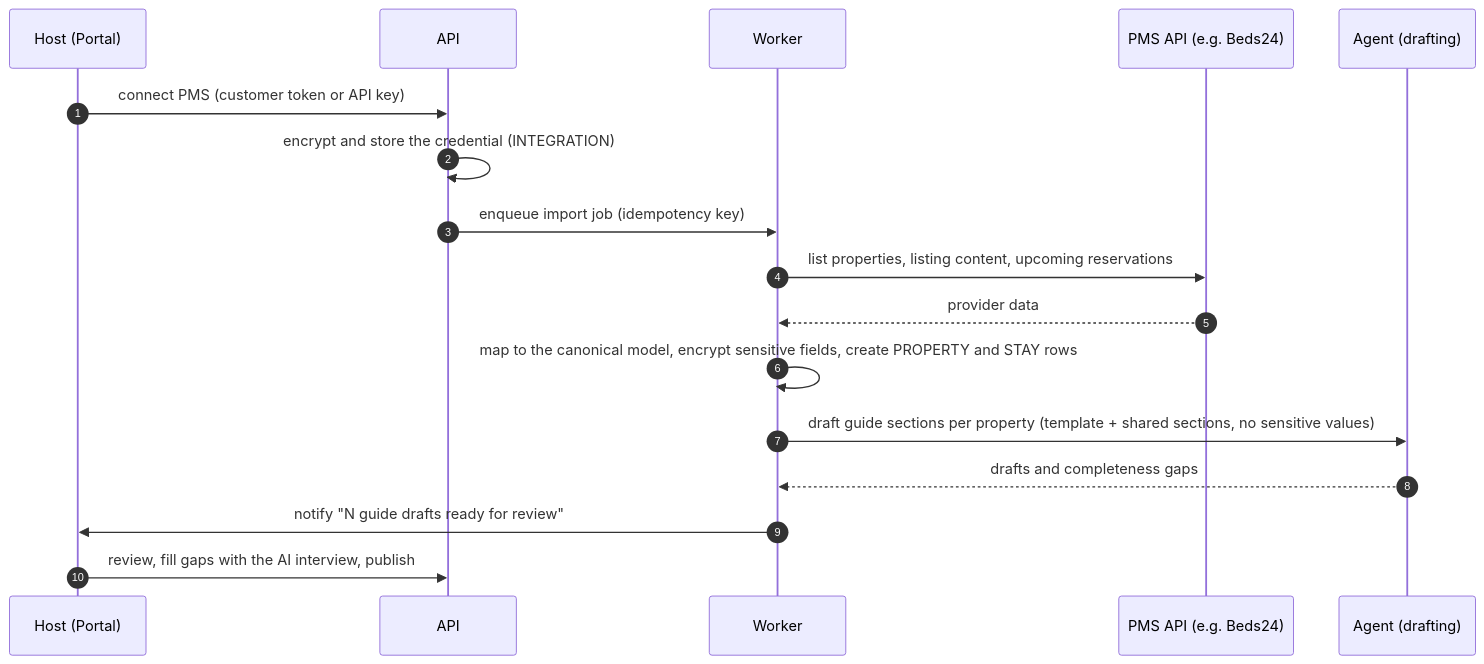
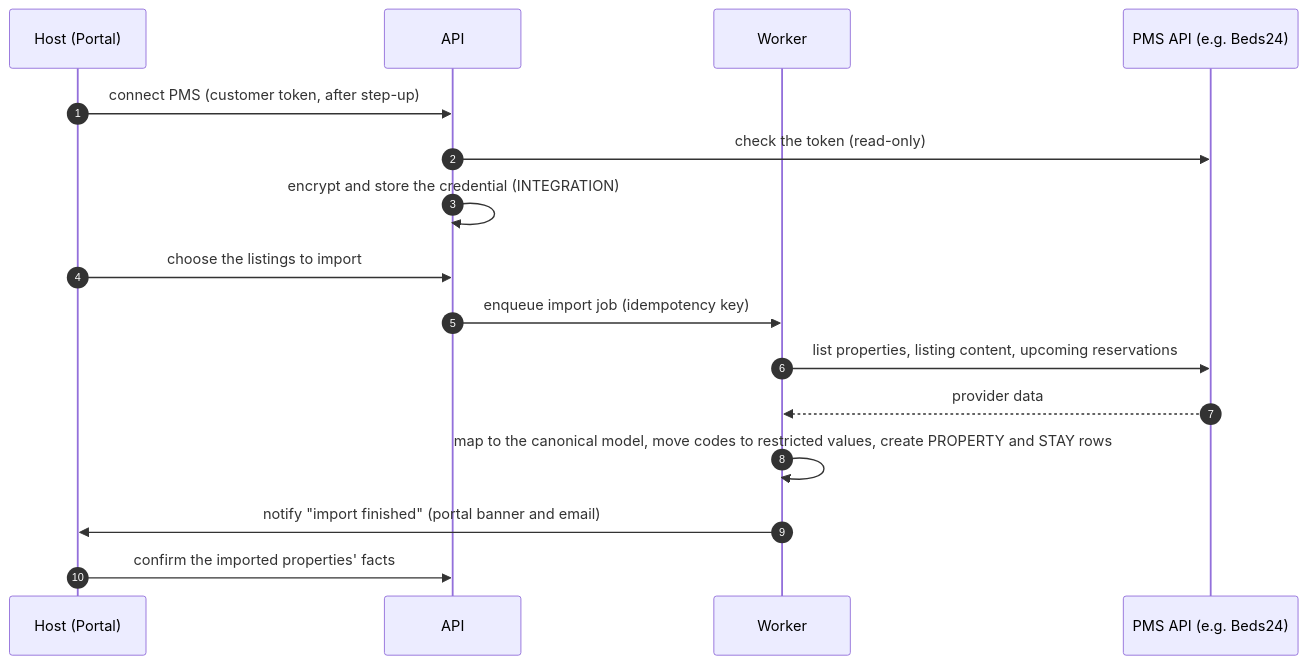
The sixth of 7 diagrams in docs/architecture/overview.md (gSoto23/guide), drawn with Mermaid before and after one commit. The commit also changed other lines of this file and 28 other files, not shown here.

````diff
--- a/docs/architecture/overview.md
+++ b/docs/architecture/overview.md
@@ -225,20 +225,19 @@
 ```mermaid
 sequenceDiagram
     autonumber
     participant H as Host (Portal)
     participant A as API
     participant W as Worker
     participant P as PMS API (e.g. Beds24)
-    participant AG as Agent (drafting)
 
-    H->>A: connect PMS (customer token or API key)
+    H->>A: connect PMS (customer token, after step-up)
+    A->>P: check the token (read-only)
     A->>A: encrypt and store the credential (INTEGRATION)
+    H->>A: choose the listings to import
     A->>W: enqueue import job (idempotency key)
     W->>P: list properties, listing content, upcoming reservations
     P-->>W: provider data
-    W->>W: map to the canonical model, encrypt sensitive fields, create PROPERTY and STAY rows
-    W->>AG: draft guide sections per property (template + shared sections, no sensitive values)
-    AG-->>W: drafts and completeness gaps
-    W->>H: notify "N guide drafts ready for review"
-    H->>A: review, fill gaps with the AI interview, publish
+    W->>W: map to the canonical model, move codes to restricted values, create PROPERTY and STAY rows
+    W->>H: notify "import finished" (portal banner and email)
+    H->>A: confirm the imported properties' facts
 ```
````
